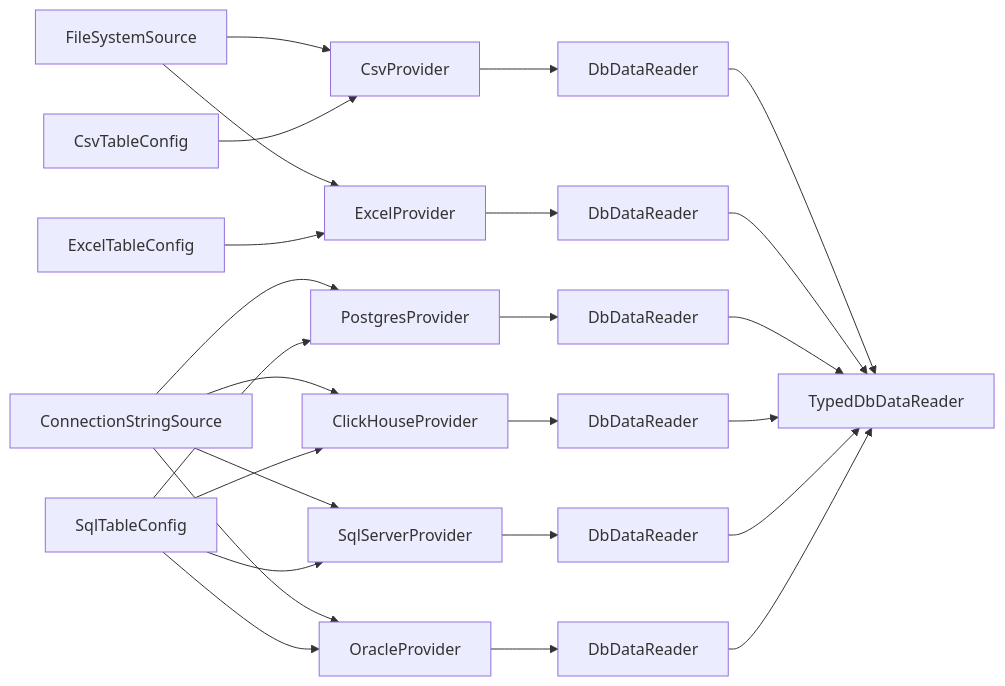
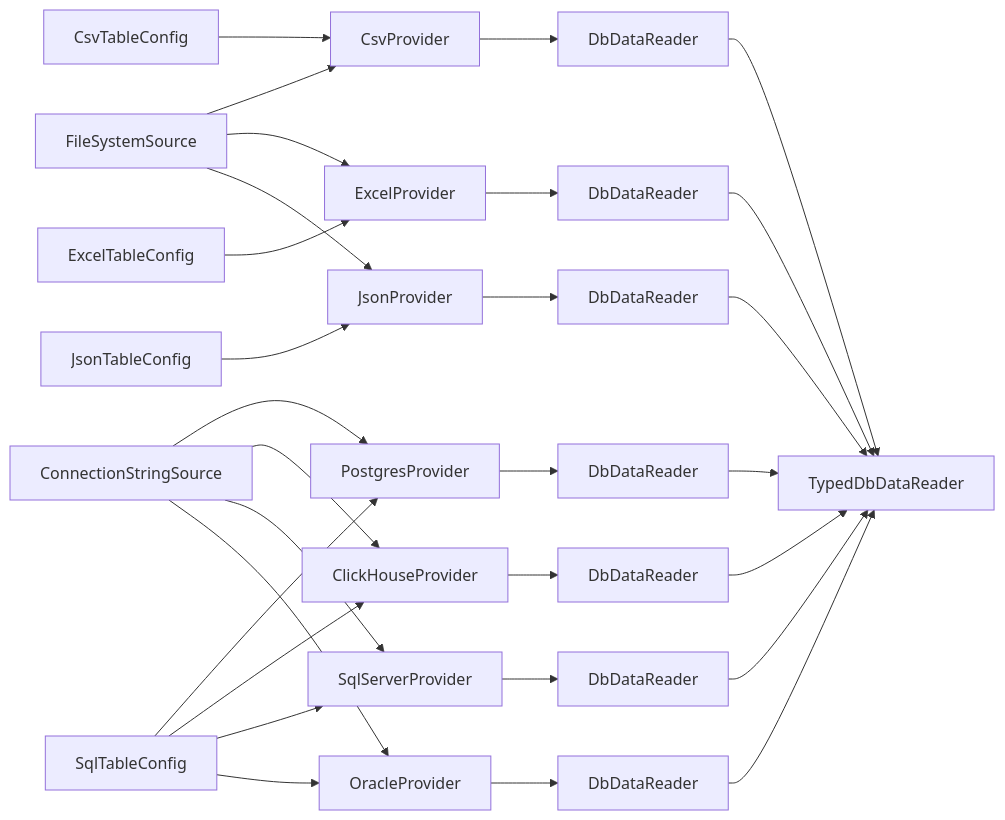
The second of 2 diagrams in docs/architecture.md (MikeKondr99/Loader), drawn with Mermaid before and after one commit. The commit also changed other lines of this file and 11 other files, not shown here.

Commit message:
json provider first good pass

````diff
--- a/docs/architecture.md
+++ b/docs/architecture.md
@@ -64,33 +66,38 @@
 ```mermaid
 flowchart LR
     FileSource[FileSystemSource] --> CsvProvider
     CsvConfig[CsvTableConfig] --> CsvProvider
     CsvProvider --> CsvReader[DbDataReader]
 
     FileSource --> ExcelProvider
     ExcelConfig[ExcelTableConfig] --> ExcelProvider
     ExcelProvider --> ExcelReader[DbDataReader]
+
+    FileSource --> JsonProvider
+    JsonConfig[JsonTableConfig] --> JsonProvider
+    JsonProvider --> JsonReader[DbDataReader]
 
     DbSource[ConnectionStringSource] --> PgProvider[PostgresProvider]
     SqlConfig[SqlTableConfig] --> PgProvider
     PgProvider --> PgReader[DbDataReader]
 
     DbSource --> ChProvider[ClickHouseProvider]
     SqlConfig --> ChProvider
     ChProvider --> ChReader[DbDataReader]
 
     DbSource --> SqlServerProvider[SqlServerProvider]
     SqlConfig --> SqlServerProvider
     SqlServerProvider --> SqlServerReader[DbDataReader]
 
     DbSource --> OracleProvider[OracleProvider]
     SqlConfig --> OracleProvider
     OracleProvider --> OracleReader[DbDataReader]
 
     CsvReader --> Typed[TypedDbDataReader]
     ExcelReader --> Typed
+    JsonReader --> Typed
     PgReader --> Typed
     ChReader --> Typed
     SqlServerReader --> Typed
     OracleReader --> Typed
 ```
````
